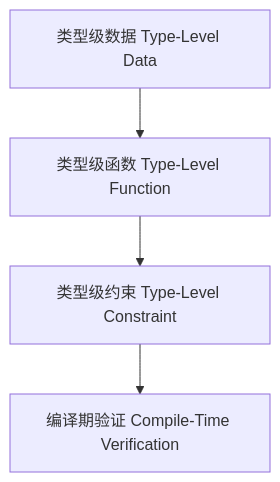
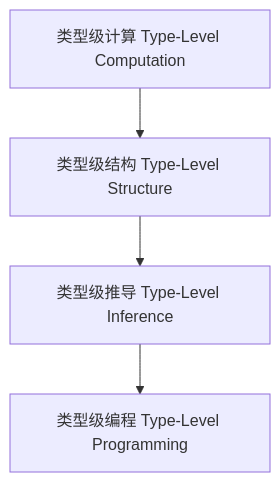
One commit to AdaMartin18010/haskell changed the diagram in docs/analysis/Type/01-Type-Level-Programming.md. Above: the diagram before and after it, drawn with Mermaid. The commit also changed other lines of this file and 21 other files, not shown here.

````diff
--- a/docs/analysis/Type/01-Type-Level-Programming.md
+++ b/docs/analysis/Type/01-Type-Level-Programming.md
@@ -69,6 +64,6 @@
 ```mermaid
 graph TD
-  A[类型级数据 Type-Level Data] --> B[类型级函数 Type-Level Function]
-  B --> C[类型级约束 Type-Level Constraint]
-  C --> D[编译期验证 Compile-Time Verification]
+  A[类型级计算 Type-Level Computation] --> B[类型级结构 Type-Level Structure]
+  B --> C[类型级推导 Type-Level Inference]
+  C --> D[类型级编程 Type-Level Programming]
 ```
````
